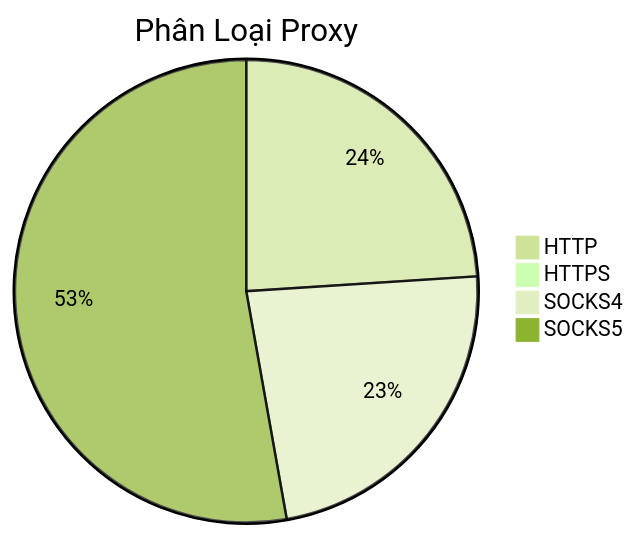
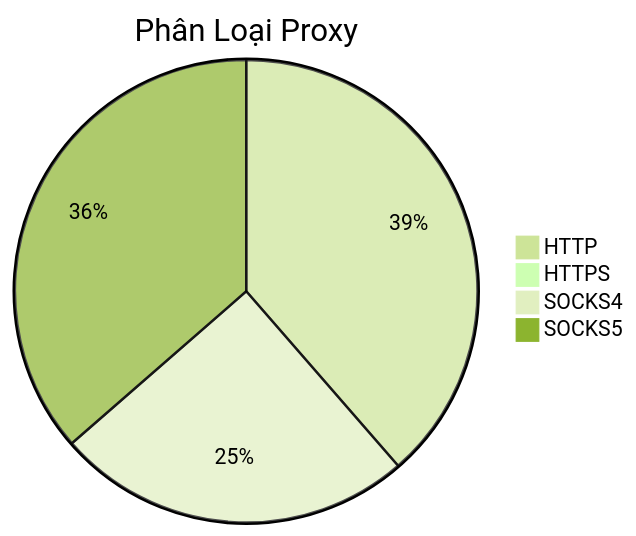
One commit to Ciara-12/PROXY-free changed the diagram in README.md. Above: the diagram before and after it, drawn with Mermaid (forest theme). The commit also changed other lines of this file and 3 other files, not shown here.

````diff
--- a/README.md
+++ b/README.md
@@ -26,7 +26,7 @@
 ```mermaid
 pie title Phân Loại Proxy
-    "HTTP" : 351
+    "HTTP" : 564
     "HTTPS" : 0
-    "SOCKS4" : 340
-    "SOCKS5" : 773
+    "SOCKS4" : 365
+    "SOCKS5" : 532
 ```
````
